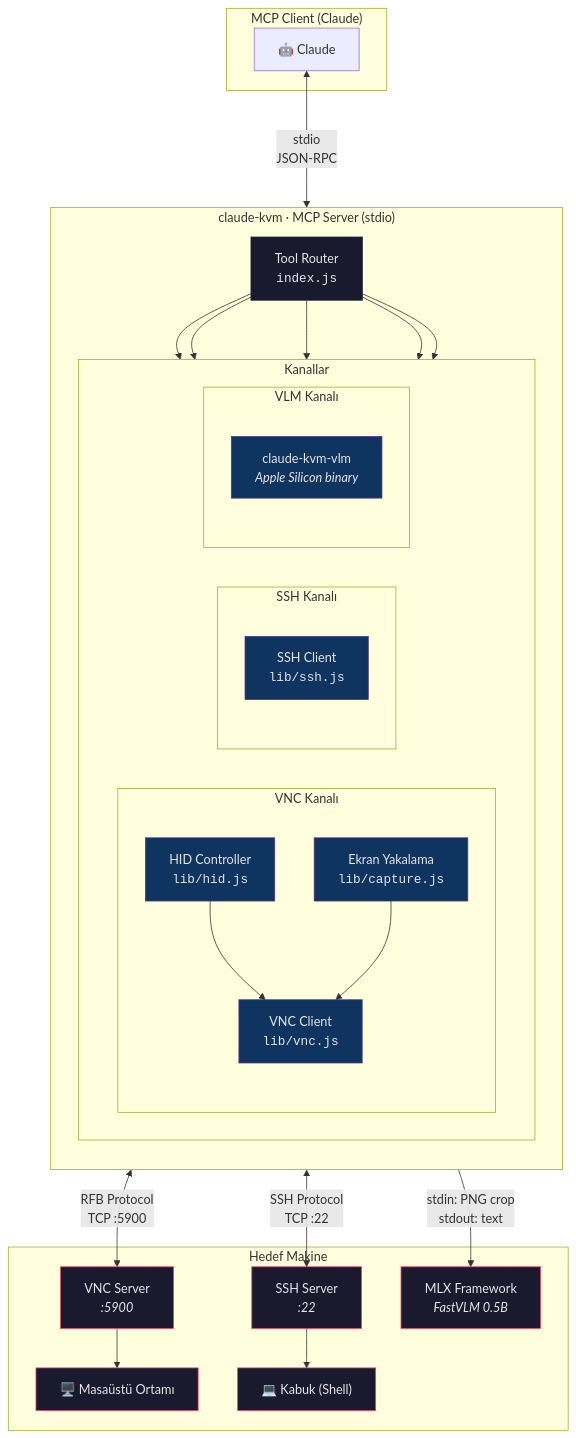
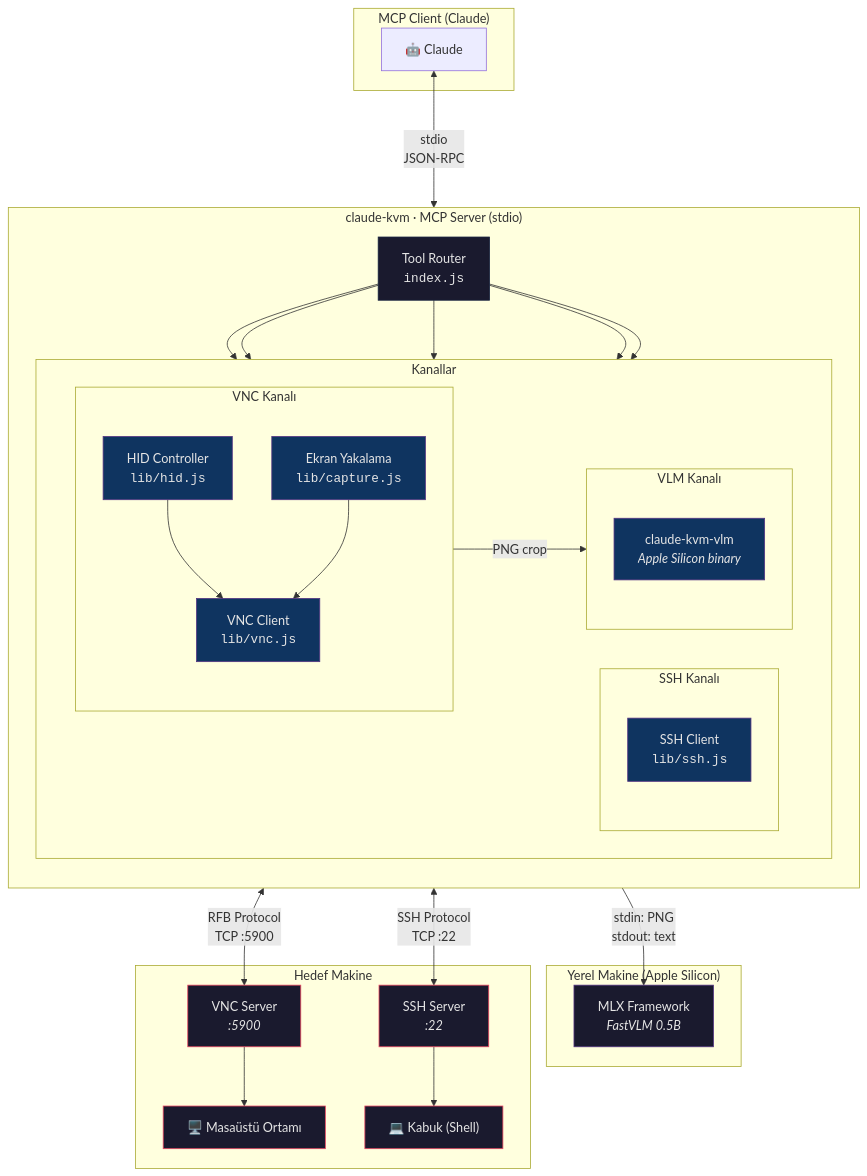
One commit to ARAS-Workspace/claude-kvm changed the diagram in README_TR.md. Above: the diagram before and after it, drawn with Mermaid. The commit also changed 1 other file, not shown here.

Commit message:
Fix architecture diagram: separate MLX into host machine, add Capture→VLM data flow

````diff
--- a/README_TR.md
+++ b/README_TR.md
@@ -9,66 +9,72 @@
 ```mermaid
 graph TB
     subgraph MCP["MCP Client (Claude)"]
         AI["🤖 Claude"]
     end
 
     subgraph Server["claude-kvm · MCP Server (stdio)"]
         direction TB
         Router["Tool Router<br/><code>index.js</code>"]
 
         subgraph Channels["Kanallar"]
             direction LR
             subgraph VNC_Ch["VNC Kanalı"]
                 direction TB
                 VNC_Client["VNC Client<br/><code>lib/vnc.js</code>"]
                 HID["HID Controller<br/><code>lib/hid.js</code>"]
                 Capture["Ekran Yakalama<br/><code>lib/capture.js</code>"]
             end
 
             subgraph SSH_Ch["SSH Kanalı"]
                 direction TB
                 SSH_Client["SSH Client<br/><code>lib/ssh.js</code>"]
             end
 
             subgraph VLM_Ch["VLM Kanalı"]
                 direction TB
                 VLM_Bin["claude-kvm-vlm<br/><i>Apple Silicon binary</i>"]
             end
         end
     end
 
+    subgraph Local["Yerel Makine (Apple Silicon)"]
+        MLX["MLX Framework<br/><i>FastVLM 0.5B</i>"]
+    end
+
     subgraph Target["Hedef Makine"]
         VNC_Server["VNC Server<br/><i>:5900</i>"]
         SSH_Server["SSH Server<br/><i>:22</i>"]
-        MLX["MLX Framework<br/><i>FastVLM 0.5B</i>"]
 
         Desktop["🖥️ Masaüstü Ortamı"]
         Shell["💻 Kabuk (Shell)"]
     end
 
     AI <--->|"stdio<br/>JSON-RPC"| Router
 
     Router --> VNC_Client
     Router --> HID
     Router --> Capture
     Router --> SSH_Client
     Router --> VLM_Bin
 
     VNC_Client <-->|"RFB Protocol<br/>TCP :5900"| VNC_Server
     HID --> VNC_Client
     Capture --> VNC_Client
+    Capture -->|"PNG crop"| VLM_Bin
 
     SSH_Client <-->|"SSH Protocol<br/>TCP :22"| SSH_Server
-    VLM_Bin -->|"stdin: PNG crop<br/>stdout: text"| MLX
+    VLM_Bin -->|"stdin: PNG<br/>stdout: text"| MLX
 
     VNC_Server --> Desktop
     SSH_Server --> Shell
 
     classDef server fill:#1a1a2e,stroke:#16213e,color:#e5e5e5
     classDef channel fill:#0f3460,stroke:#533483,color:#e5e5e5
     classDef target fill:#1a1a2e,stroke:#e94560,color:#e5e5e5
+    classDef local fill:#1a1a2e,stroke:#533483,color:#e5e5e5
 
     class Router server
     class VNC_Client,HID,Capture,SSH_Client,VLM_Bin channel
-    class VNC_Server,SSH_Server,MLX,Desktop,Shell target
+    class VNC_Server,SSH_Server,Desktop,Shell target
+    class MLX local
 ```
````
